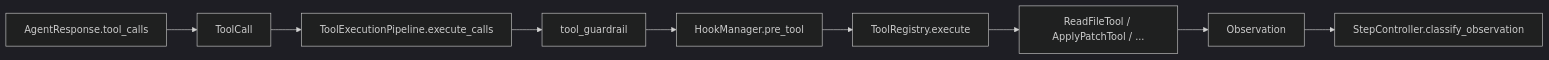
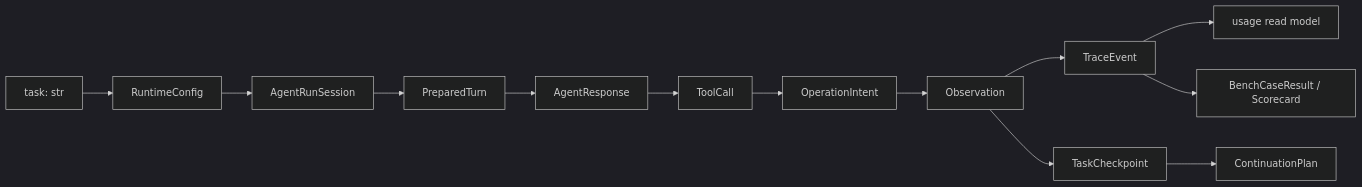
Before and after one commit to semi-hollow/NanoHarness: the third of 5 diagrams in docs/guides/code-reading-map.md, drawn with Mermaid (dark theme). The commit also changed other lines of this file and 234 other files, not shown here.

Commit message:
Refactor capability boundaries and architecture

````diff
--- a/docs/guides/code-reading-map.md
+++ b/docs/guides/code-reading-map.md
@@ -193,11 +68,15 @@
 ```mermaid
 flowchart LR
-    Response["AgentResponse.tool_calls"] --> ToolCall["ToolCall"]
-    ToolCall --> Pipeline["ToolExecutionPipeline.execute_calls"]
-    Pipeline --> Guardrail["tool_guardrail"]
-    Guardrail --> Hook["HookManager.pre_tool"]
-    Hook --> Registry["ToolRegistry.execute"]
-    Registry --> Concrete["ReadFileTool / ApplyPatchTool / ..."]
-    Concrete --> Observation["Observation"]
-    Observation --> Recovery["StepController.classify_observation"]
+    Task["task: str"] --> Config["RuntimeConfig"]
+    Config --> Session["AgentRunSession"]
+    Session --> Turn["PreparedTurn"]
+    Turn --> Response["AgentResponse"]
+    Response --> Call["ToolCall"]
+    Call --> Intent["OperationIntent"]
+    Intent --> Obs["Observation"]
+    Obs --> Event["TraceEvent"]
+    Obs --> Checkpoint["TaskCheckpoint"]
+    Event --> Usage["usage read model"]
+    Checkpoint --> Resume["ContinuationPlan"]
+    Event --> Result["BenchCaseResult / Scorecard"]
 ```
````
